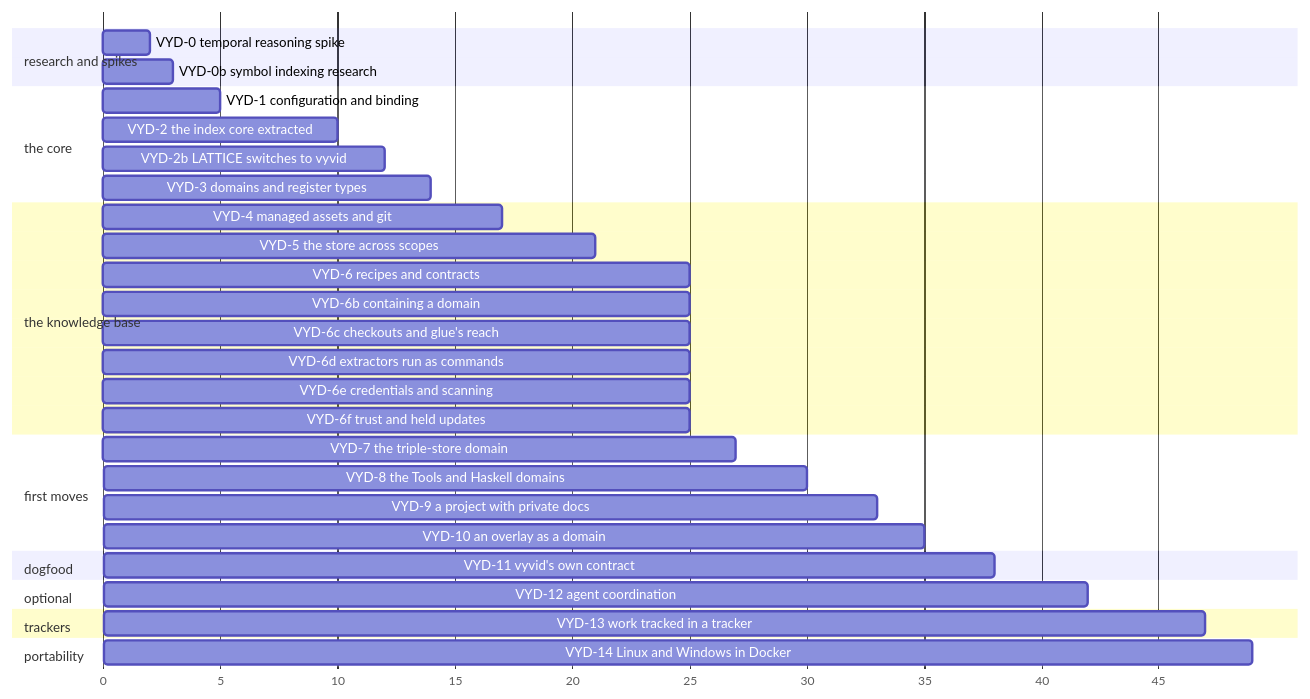
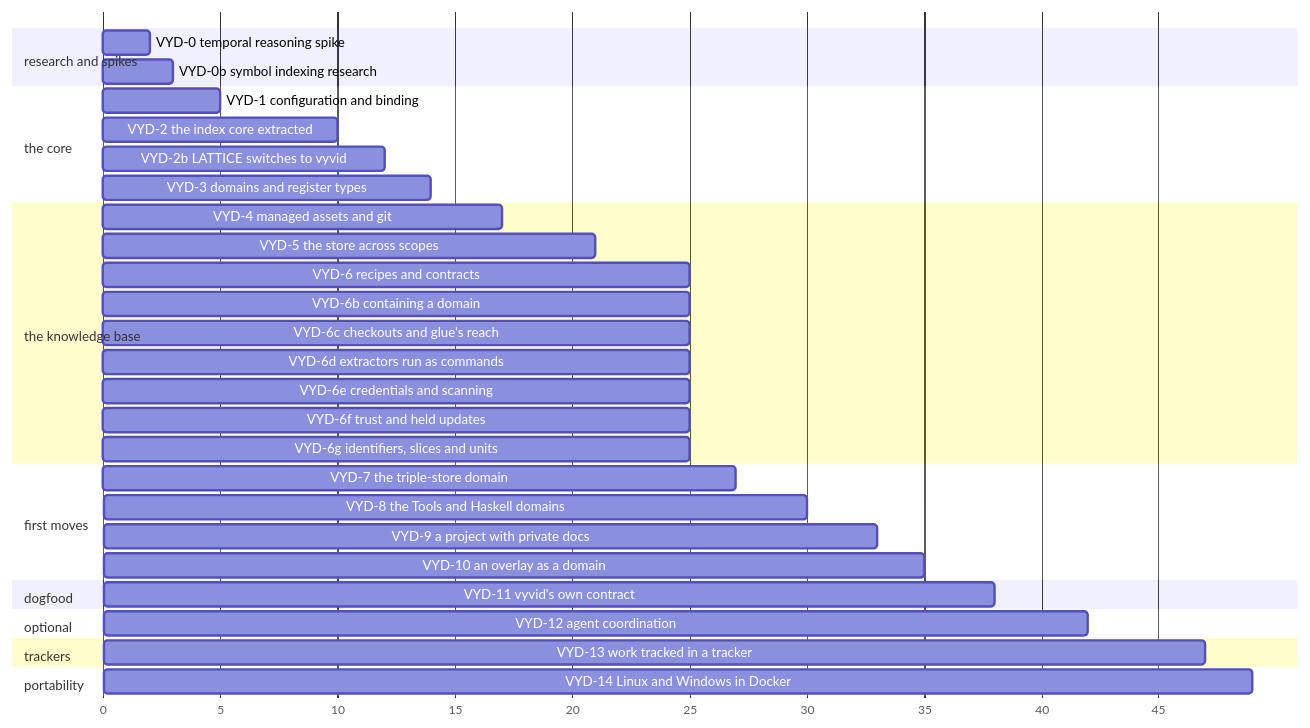
The diagram in docs/developer/plans/vyvid-framework.md (nebularis/vyvid), drawn with Mermaid before and after one commit. The commit also changed other lines of this file and 2 other files, not shown here.

Commit message:
Mark VYD-6g building

````diff
--- a/docs/developer/plans/vyvid-framework.md
+++ b/docs/developer/plans/vyvid-framework.md
@@ -17,35 +17,36 @@
 ```mermaid
 gantt
   dateFormat X
   axisFormat %s
   section research and spikes
   VYD-0 temporal reasoning spike      :s0, 0, 2
   VYD-0b symbol indexing research     :s0b, 0, 3
   section the core
   VYD-1 configuration and binding     :s1, 2, 5
   VYD-2 the index core extracted      :s2, 5, 10
   VYD-2b LATTICE switches to vyvid    :s2b, 10, 12
   VYD-3 domains and register types    :s3, 10, 14
   section the knowledge base
   VYD-4 managed assets and git        :s4, 14, 17
   VYD-5 the store across scopes       :s5, 17, 21
   VYD-6 recipes and contracts         :s6, 21, 25
   VYD-6b containing a domain          :s6b, 25, 25
   VYD-6c checkouts and glue's reach   :s6c, 25, 25
   VYD-6d extractors run as commands   :s6d, 25, 25
   VYD-6e credentials and scanning     :s6e, 25, 25
   VYD-6f trust and held updates       :s6f, 25, 25
+  VYD-6g identifiers, slices and units :s6g, 25, 25
   section first moves
   VYD-7 the triple-store domain       :s7, 25, 27
   VYD-8 the Tools and Haskell domains :s8, 27, 30
   VYD-9 a project with private docs   :s9, 30, 33
   VYD-10 an overlay as a domain      :s10, 33, 35
   section dogfood
   VYD-11 vyvid's own contract         :s11, 35, 38
   section optional
   VYD-12 agent coordination           :s12, 38, 42
   section trackers
   VYD-13 work tracked in a tracker    :s13, 42, 47
   section portability
   VYD-14 Linux and Windows in Docker  :s14, 47, 49
 ```
````
